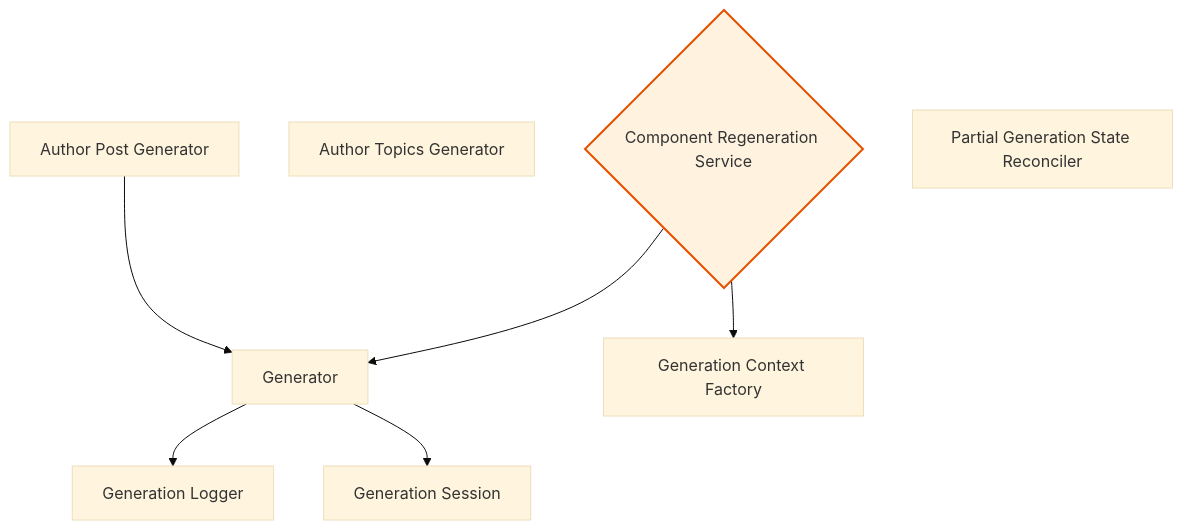
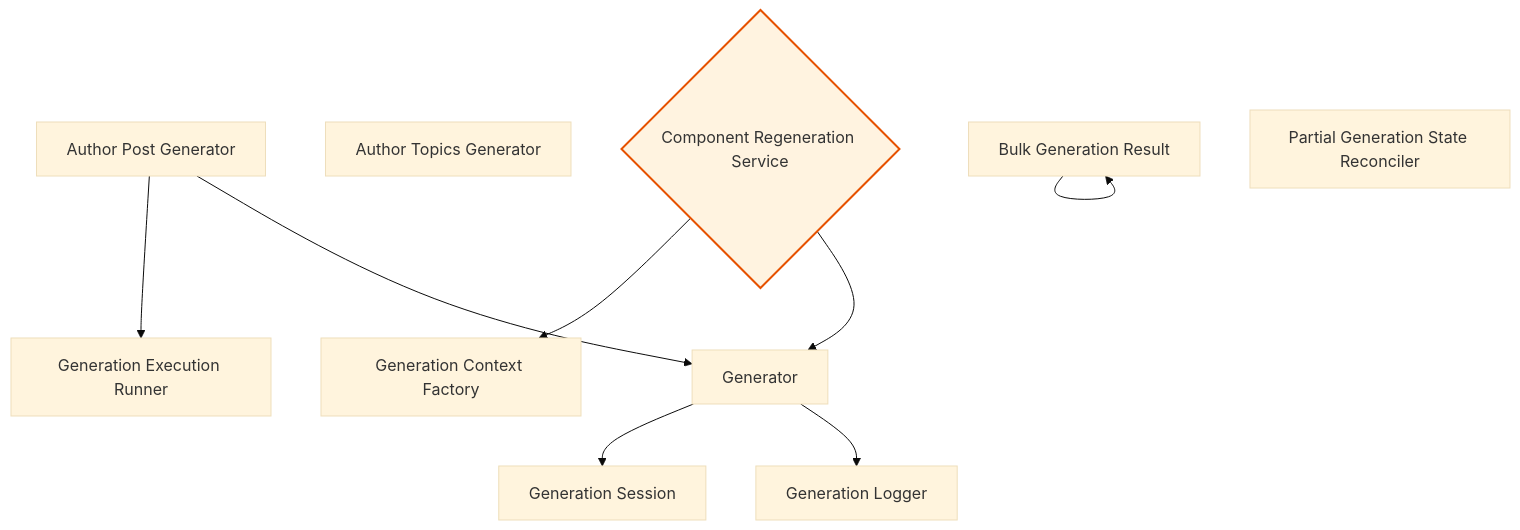
The second of 10 diagrams in docs/feature-report.md (rpnunez/wp-ai-scheduler), drawn with Mermaid (base theme) before and after one commit. The commit also changed other lines of this file and 3 other files, not shown here.

````diff
--- a/docs/feature-report.md
+++ b/docs/feature-report.md
@@ -103,24 +105,28 @@
 ```mermaid
 flowchart TD
     %% Core Generation Architecture
 
     Author_Post_Generator["Author Post Generator"]
     Author_Topics_Generator["Author Topics Generator"]
+    Bulk_Generation_Result["Bulk Generation Result"]
     Component_Regeneration_Service{"Component Regeneration Service"}
     Generation_Context_Factory["Generation Context Factory"]
+    Generation_Execution_Runner["Generation Execution Runner"]
     Generation_Logger["Generation Logger"]
     Generation_Session["Generation Session"]
     Generator["Generator"]
     Partial_Generation_State_Reconciler["Partial Generation State Reconciler"]
 
+    Author_Post_Generator --> Generation_Execution_Runner
     Author_Post_Generator --> Generator
+    Bulk_Generation_Result --> Bulk_Generation_Result
+    Component_Regeneration_Service --> Generation_Context_Factory
     Component_Regeneration_Service --> Generator
-    Component_Regeneration_Service --> Generation_Context_Factory
+    Generator --> Generation_Session
     Generator --> Generation_Logger
-    Generator --> Generation_Session
 
     classDef repository fill:#e1f5ff,stroke:#01579b,stroke-width:2px
     classDef service fill:#fff3e0,stroke:#e65100,stroke-width:2px
     classDef controller fill:#f3e5f5,stroke:#4a148c,stroke-width:2px
     class Component_Regeneration_Service service
 ```
````
